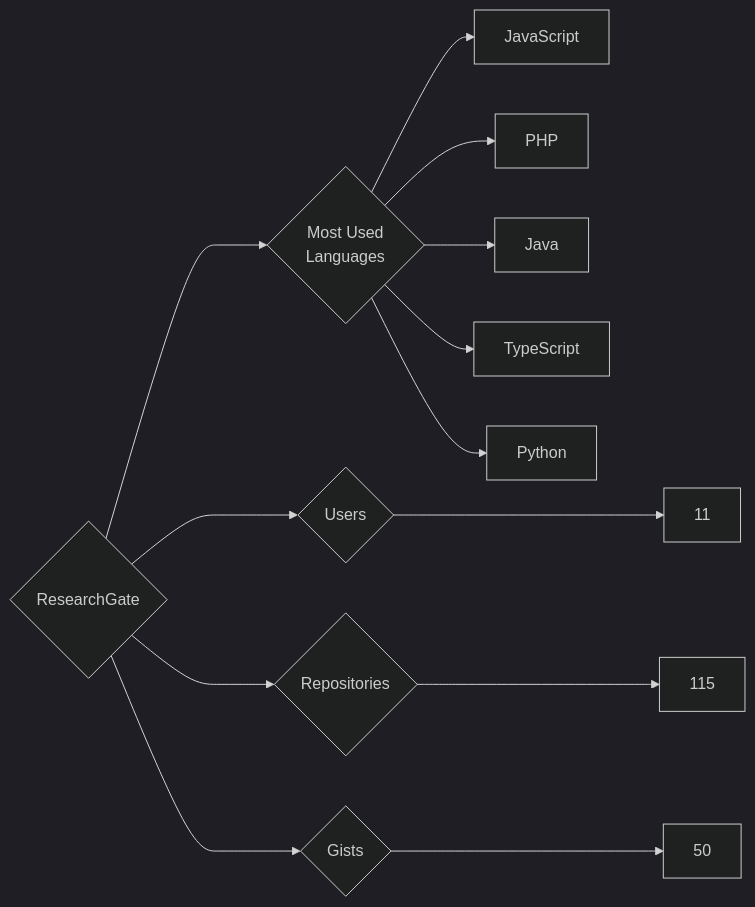
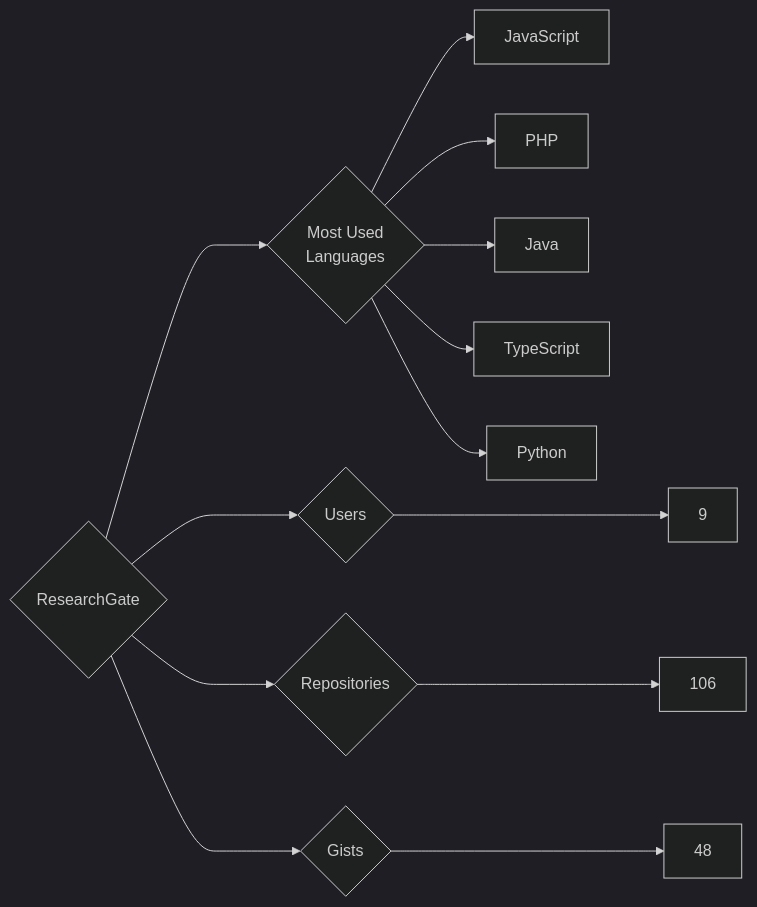
One commit to trickest/insiders changed the diagram in targets/ResearchGate/README.md. Above: the diagram before and after it, drawn with Mermaid (dark theme). The commit also changed 964 other files, not shown here.

````diff
--- a/targets/ResearchGate/README.md
+++ b/targets/ResearchGate/README.md
@@ -3,13 +3,13 @@
 ```mermaid
 graph LR
 COMPANY_NAME{ResearchGate}
-COMPANY_NAME ---> U{Users} ---> UN[11]
-COMPANY_NAME ---> R{Repositories} ---> RN[115]
-COMPANY_NAME ---> G{Gists} ---> GN[50]
+COMPANY_NAME ---> U{Users} ---> UN[9]
+COMPANY_NAME ---> R{Repositories} ---> RN[106]
+COMPANY_NAME ---> G{Gists} ---> GN[48]
 COMPANY_NAME ---> ML{Most Used<br>Languages}
 ML --> JavaScript[JavaScript]
 ML --> PHP[PHP]
 ML --> Java[Java]
 ML --> TypeScript[TypeScript]
 ML --> Python[Python]
 ```
````
